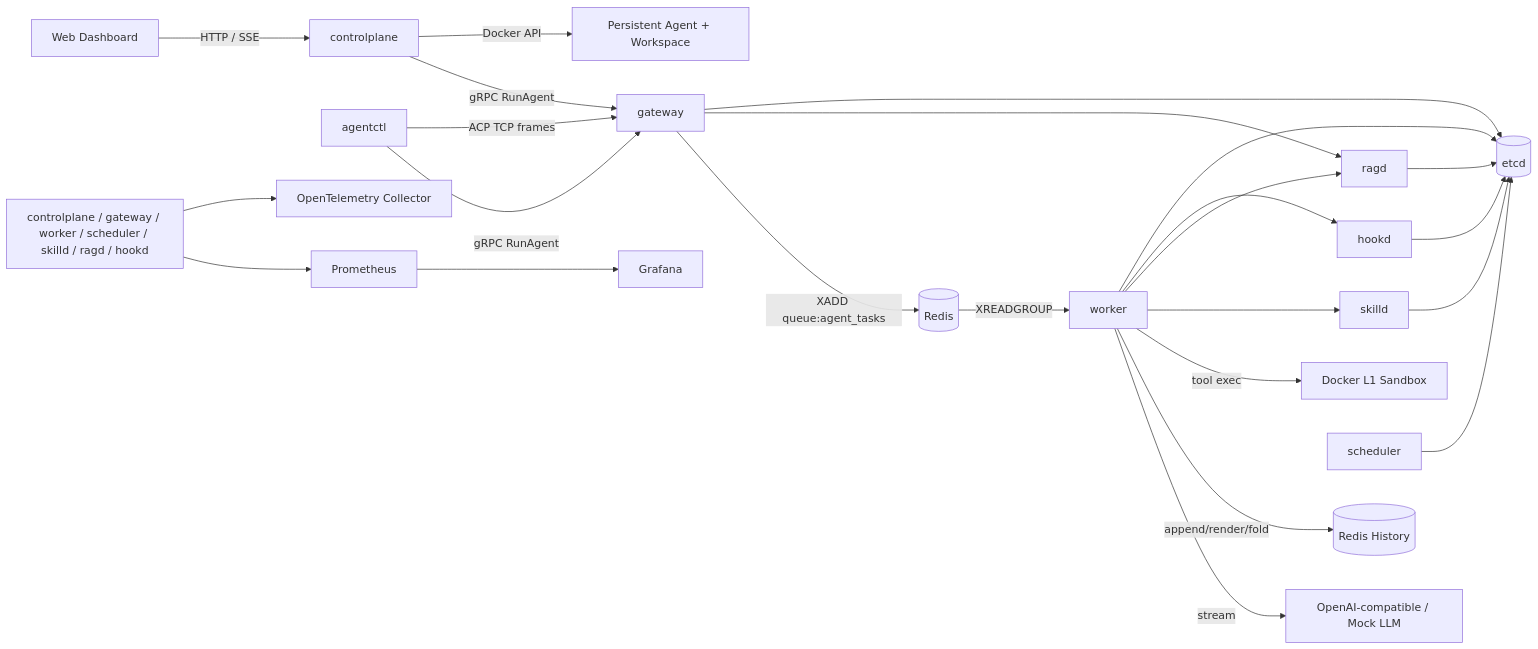
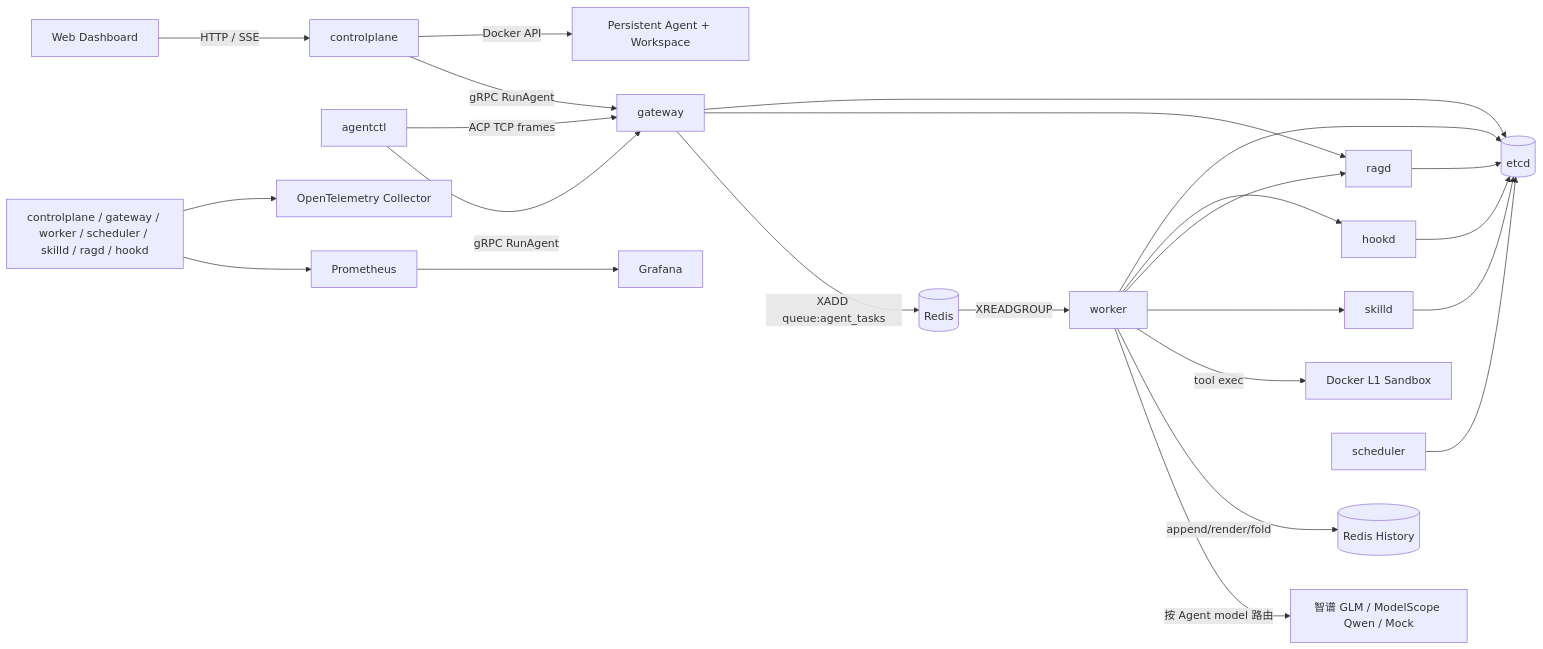
One commit to wzhnbsixsixsix/AI-Agent-Cloud-Runtime changed the diagram in PROJECT_DESIGN.md. Above: the diagram before and after it, drawn with Mermaid. The commit also changed other lines of this file and 26 other files, not shown here.

Commit message:
feat: add ModelScope Qwen model routing

````diff
--- a/PROJECT_DESIGN.md
+++ b/PROJECT_DESIGN.md
@@ -35,26 +35,26 @@
 ```mermaid
 flowchart LR
   Browser[Web Dashboard] -->|HTTP / SSE| ControlPlane[controlplane]
   ControlPlane -->|gRPC RunAgent| Gateway
   ControlPlane -->|Docker API| PersistentAgent[Persistent Agent + Workspace]
   Agentctl[agentctl] -->|gRPC RunAgent| Gateway[gateway]
   Agentctl -->|ACP TCP frames| Gateway
   Gateway -->|XADD queue:agent_tasks| Redis[(Redis)]
   Redis -->|XREADGROUP| Worker[worker]
-  Worker -->|stream| LLM[OpenAI-compatible / Mock LLM]
+  Worker -->|按 Agent model 路由| LLM[智谱 GLM / ModelScope Qwen / Mock]
   Worker -->|append/render/fold| History[(Redis History)]
   Worker -->|tool exec| Sandbox[Docker L1 Sandbox]
   Worker --> Skilld[skilld]
   Worker --> Ragd[ragd]
   Worker --> Hookd[hookd]
   Gateway --> Ragd
   Scheduler[scheduler] --> Etcd[(etcd)]
   Skilld --> Etcd
   Ragd --> Etcd
   Hookd --> Etcd
   Worker --> Etcd
   Gateway --> Etcd
   Services[controlplane / gateway / worker / scheduler / skilld / ragd / hookd] --> Prom[Prometheus]
   Services --> OTel[OpenTelemetry Collector]
   Prom --> Grafana[Grafana]
 ```
````
